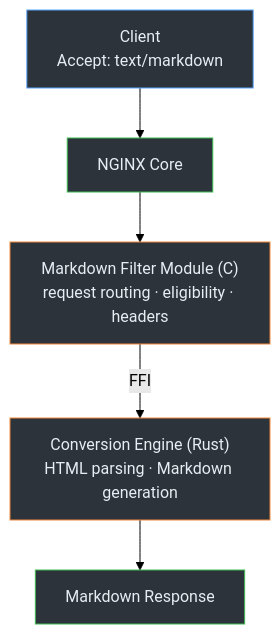
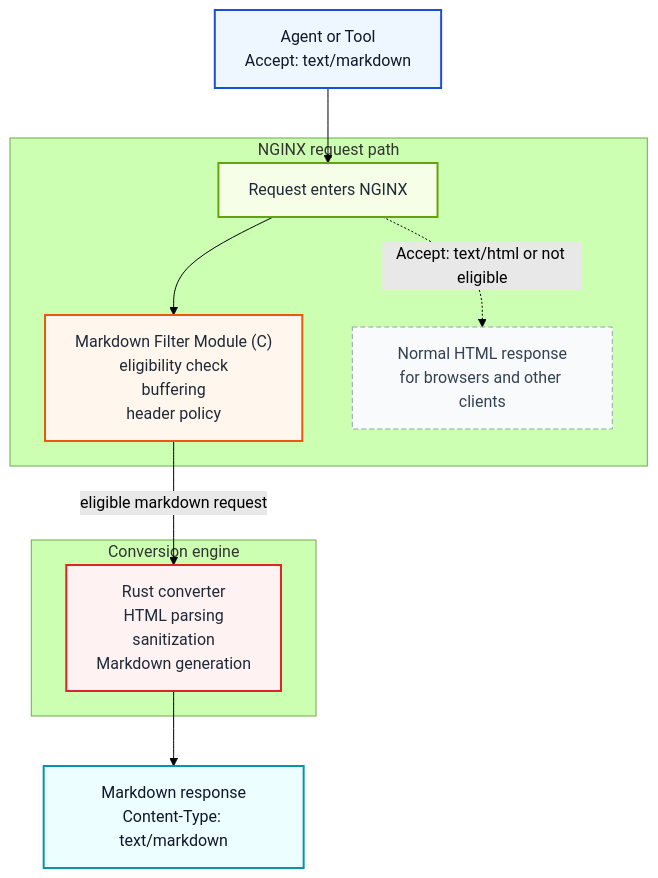
One commit to cnkang/nginx-markdown-for-agents changed the diagram in README.md. Above: the diagram before and after it, drawn with Mermaid (forest theme). The commit also changed other lines of this file and 32 other files, not shown here.

````diff
--- a/README.md
+++ b/README.md
@@ -71,13 +140,36 @@
 ```mermaid
 flowchart TD
-    A["Client<br/>Accept: text/markdown"] --> B["NGINX Core"]
-    B --> C["Markdown Filter Module (C)<br/>request routing · eligibility · headers"]
-    C -->|FFI| D["Conversion Engine (Rust)<br/>HTML parsing · Markdown generation"]
-    D --> E["Markdown Response"]
+    client["Agent or Tool<br/>Accept: text/markdown"]
 
-    style A fill:#2d333b,stroke:#58a6ff,color:#e6edf3
-    style B fill:#2d333b,stroke:#3fb950,color:#e6edf3
-    style C fill:#2d333b,stroke:#f0883e,color:#e6edf3
-    style D fill:#2d333b,stroke:#f0883e,color:#e6edf3
-    style E fill:#2d333b,stroke:#3fb950,color:#e6edf3
+    subgraph edge["NGINX request path"]
+        ingress["Request enters NGINX"]
+        filter["Markdown Filter Module (C)<br/>eligibility check<br/>buffering<br/>header policy"]
+        passthrough["Normal HTML response<br/>for browsers and other clients"]
+    end
+
+    subgraph engine["Conversion engine"]
+        rust["Rust converter<br/>HTML parsing<br/>sanitization<br/>Markdown generation"]
+    end
+
+    markdown["Markdown response<br/>Content-Type: text/markdown"]
+
+    client --> ingress
+    ingress --> filter
+    filter -->|eligible markdown request| rust
+    rust --> markdown
+    ingress -.->|Accept: text/html or not eligible| passthrough
+
+    classDef client fill:#eef6ff,stroke:#1d4ed8,color:#0f172a,stroke-width:2px;
+    classDef nginx fill:#f7fee7,stroke:#65a30d,color:#1f2937,stroke-width:2px;
+    classDef module fill:#fff7ed,stroke:#ea580c,color:#1f2937,stroke-width:2px;
+    classDef engine fill:#fef2f2,stroke:#dc2626,color:#1f2937,stroke-width:2px;
+    classDef output fill:#ecfeff,stroke:#0891b2,color:#0f172a,stroke-width:2px;
+    classDef passthrough fill:#f8fafc,stroke:#94a3b8,color:#334155,stroke-dasharray: 5 3;
+
+    class client client;
+    class ingress nginx;
+    class filter module;
+    class rust engine;
+    class markdown output;
+    class passthrough passthrough;
 ```
````
